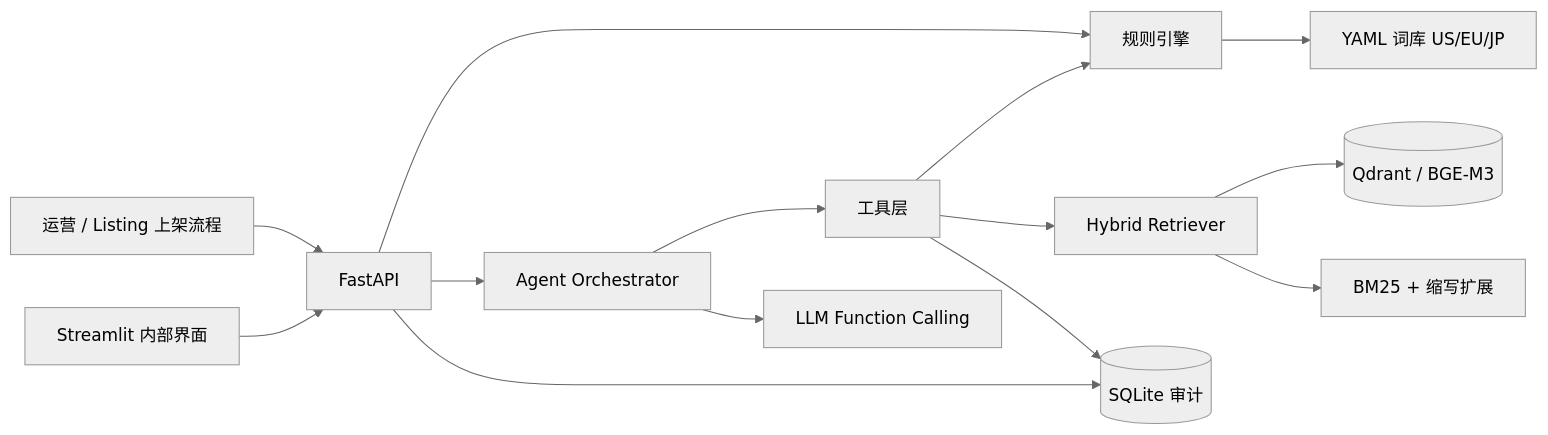
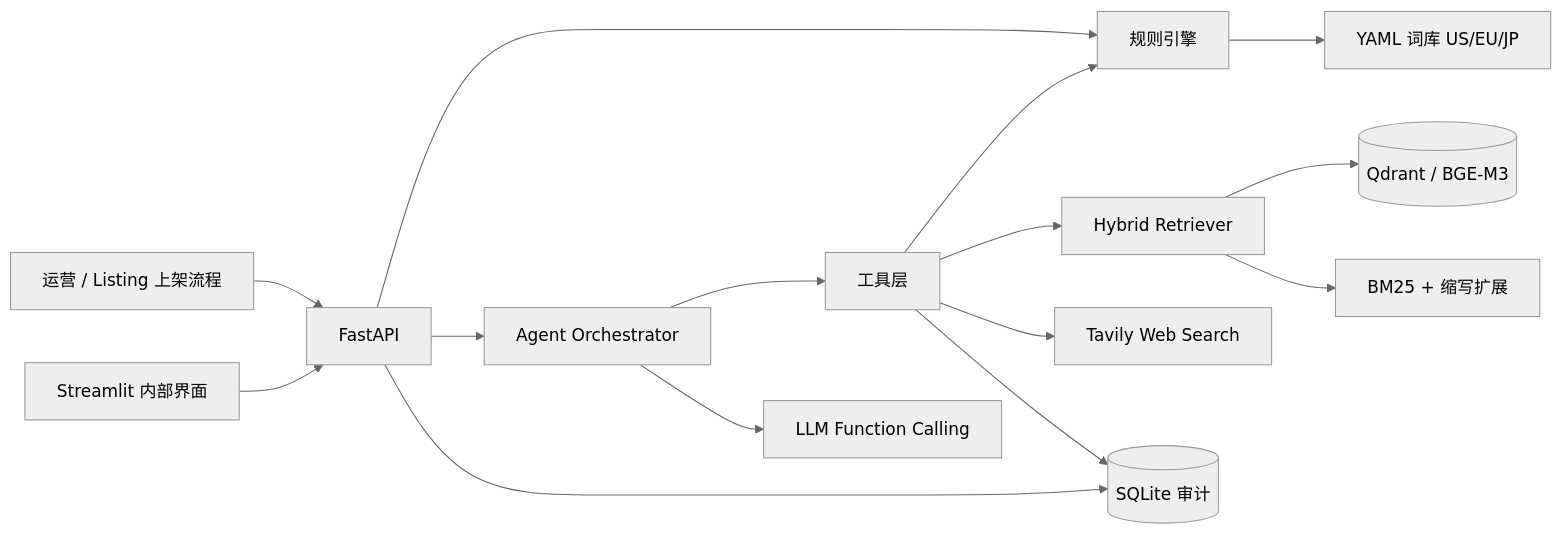
The diagram in README.md (jack15732/amz-ops-agent), drawn with Mermaid (neutral theme) before and after one commit. The commit also changed other lines of this file and 28 other files, not shown here.

Commit message:
feat: upgrade to agentic RAG with Tavily web search

````diff
--- a/README.md
+++ b/README.md
@@ -33,16 +35,17 @@
 ```mermaid
 flowchart LR
     U[运营 / Listing 上架流程] --> API[FastAPI]
     UI[Streamlit 内部界面] --> API
     API --> RE[规则引擎]
     API --> AG[Agent Orchestrator]
     AG --> T[工具层]
     T --> RE
     T --> HR[Hybrid Retriever]
     HR --> Q[(Qdrant / BGE-M3)]
     HR --> BM[BM25 + 缩写扩展]
+    T --> WS[Tavily Web Search]
     RE --> Y[YAML 词库 US/EU/JP]
     AG --> LLM[LLM Function Calling]
     API --> AU[(SQLite 审计)]
     T --> AU
 ```
````
